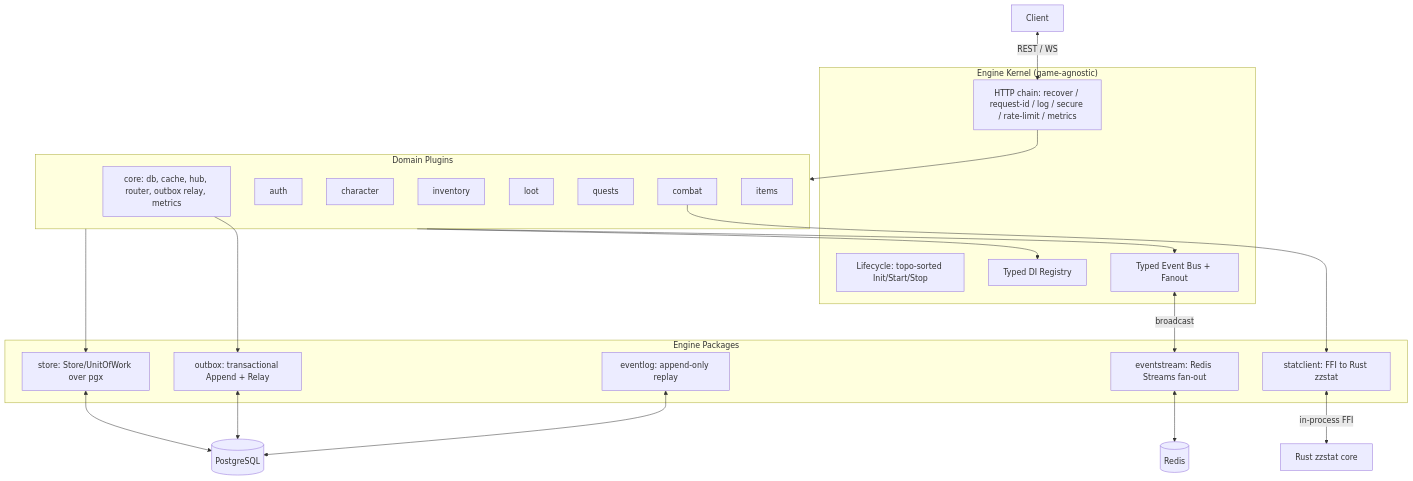
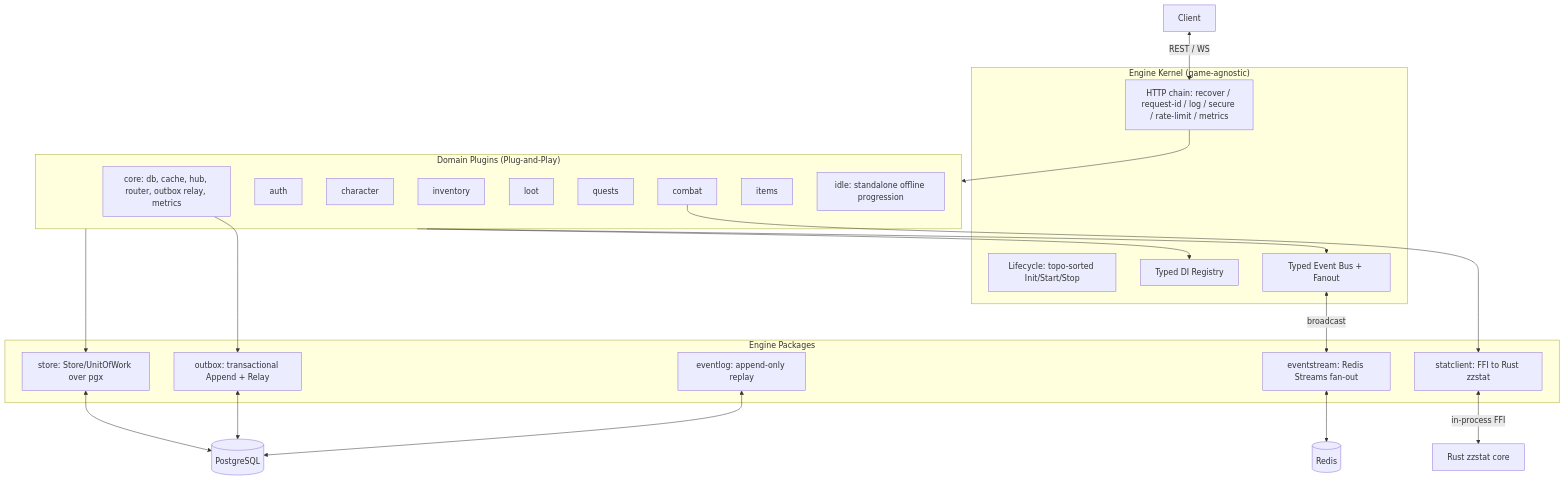
Before and after one commit to singoesdeep/zzrpg: the diagram in docs/ARCHITECTURE_EN.md, drawn with Mermaid. The commit also changed 3 other files, not shown here.

Commit message:
docs: update README and architecture guides to reflect domain-agnostic kernel and standalone idlePlugin

````diff
--- a/docs/ARCHITECTURE_EN.md
+++ b/docs/ARCHITECTURE_EN.md
@@ -10,48 +10,49 @@
 ```mermaid
 graph TD
     Browser[Client]
 
     subgraph Kernel["Engine Kernel (game-agnostic)"]
         Lifecycle[Lifecycle: topo-sorted Init/Start/Stop]
         Registry[Typed DI Registry]
         Bus[Typed Event Bus + Fanout]
         HTTP[HTTP chain: recover / request-id / log / secure / rate-limit / metrics]
     end
 
-    subgraph Plugins["Domain Plugins"]
+    subgraph Plugins["Domain Plugins (Plug-and-Play)"]
         Core[core: db, cache, hub, router, outbox relay, metrics]
         Auth[auth]
         Char[character]
         Inv[inventory]
         Loot[loot]
         Quest[quests]
         Combat[combat]
         Items[items]
+        Idle[idle: standalone offline progression]
     end
 
     subgraph EnginePkgs["Engine Packages"]
         Store[store: Store/UnitOfWork over pgx]
         Outbox[outbox: transactional Append + Relay]
         Stream[eventstream: Redis Streams fan-out]
         EventLog[eventlog: append-only replay]
         StatClient[statclient: FFI to Rust zzstat]
     end
 
     DB[(PostgreSQL)]
     Redis[(Redis)]
     RustStat[Rust zzstat core]
 
     Browser <-->|REST / WS| HTTP
     HTTP --> Plugins
     Plugins --> Registry
     Plugins --> Bus
     Plugins --> Store
     Combat --> StatClient
     Core --> Outbox
     Bus <-->|broadcast| Stream
     Store <--> DB
     Outbox <--> DB
     EventLog <--> DB
     Stream <--> Redis
     StatClient <-->|in-process FFI| RustStat
 ```
````
